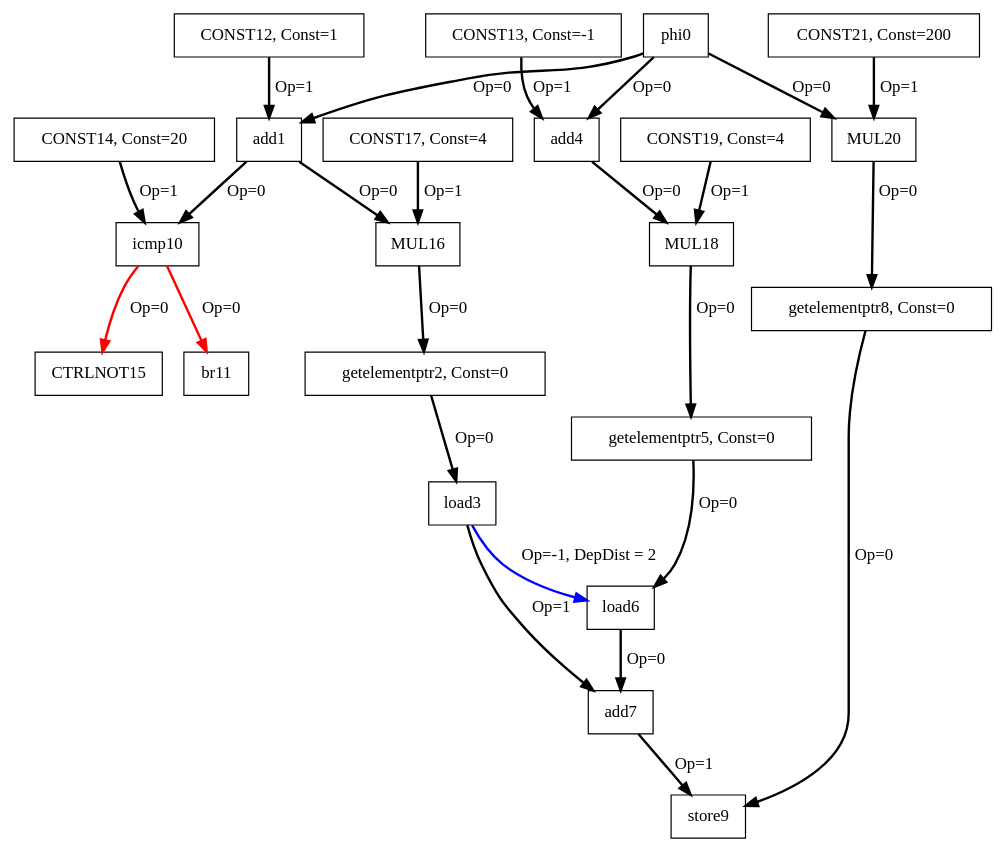
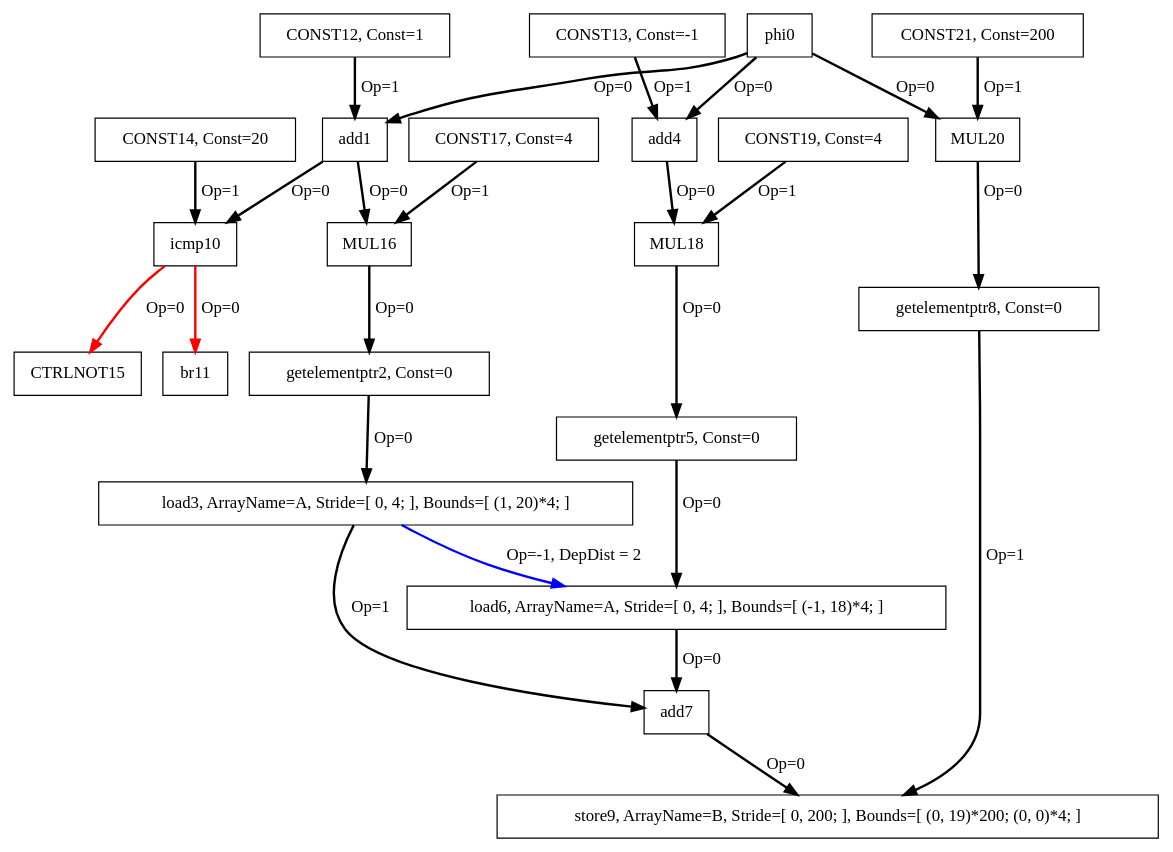
Before and after one commit to yhqiu16/FDRA: the diagram in app-compiler/applications/array_add/array_add_INNERMOST_LN_0_after_handleGEPNodes.dot, drawn with Graphviz. The commit also changed 63 other files, not shown here.

```diff
--- a/app-compiler/applications/array_add/array_add_INNERMOST_LN_0_after_handleGEPNodes.dot
+++ b/app-compiler/applications/array_add/array_add_INNERMOST_LN_0_after_handleGEPNodes.dot
@@ -1,48 +1,48 @@
 Digraph G {
 phi0[label = "phi0", shape = box, color = black];
 add1[label = "add1", shape = box, color = black];
 getelementptr2[label = "getelementptr2, Const=0", shape = box, color = black];
-load3[label = "load3", shape = box, color = black];
+load3[label = "load3, ArrayName=A, Stride=[ 0, 4; ], Bounds=[ (1, 20)*4; ]", shape = box, color = black];
 add4[label = "add4", shape = box, color = black];
 getelementptr5[label = "getelementptr5, Const=0", shape = box, color = black];
-load6[label = "load6", shape = box, color = black];
+load6[label = "load6, ArrayName=A, Stride=[ 0, 4; ], Bounds=[ (-1, 18)*4; ]", shape = box, color = black];
 add7[label = "add7", shape = box, color = black];
 getelementptr8[label = "getelementptr8, Const=0", shape = box, color = black];
-store9[label = "store9", shape = box, color = black];
+store9[label = "store9, ArrayName=B, Stride=[ 0, 200; ], Bounds=[ (0, 19)*200; (0, 0)*4; ]", shape = box, color = black];
 icmp10[label = "icmp10", shape = box, color = black];
 br11[label = "br11", shape = box, color = black];
 CONST12[label = "CONST12, Const=1", shape = box, color = black];
 CONST13[label = "CONST13, Const=-1", shape = box, color = black];
 CONST14[label = "CONST14, Const=20", shape = box, color = black];
 CTRLNOT15[label = "CTRLNOT15", shape = box, color = black];
 MUL16[label = "MUL16", shape = box, color = black];
 CONST17[label = "CONST17, Const=4", shape = box, color = black];
 MUL18[label = "MUL18", shape = box, color = black];
 CONST19[label = "CONST19, Const=4", shape = box, color = black];
 MUL20[label = "MUL20", shape = box, color = black];
 CONST21[label = "CONST21, Const=200", shape = box, color = black];
 phi0 -> add4[color = black, style = bold, label = "Op=0"];
 phi0 -> add1[color = black, style = bold, label = "Op=0"];
 CONST12 -> add1[color = black, style = bold, label = "Op=1"];
 add1 -> icmp10[color = black, style = bold, label = "Op=0"];
 getelementptr2 -> load3[color = black, style = bold, label = "Op=0"];
 load3 -> add7[color = black, style = bold, label = "Op=1"];
 CONST13 -> add4[color = black, style = bold, label = "Op=1"];
 getelementptr5 -> load6[color = black, style = bold, label = "Op=0"];
 load6 -> add7[color = black, style = bold, label = "Op=0"];
-add7 -> store9[color = black, style = bold, label = "Op=1"];
-getelementptr8 -> store9[color = black, style = bold, label = "Op=0"];
+add7 -> store9[color = black, style = bold, label = "Op=0"];
+getelementptr8 -> store9[color = black, style = bold, label = "Op=1"];
 CONST14 -> icmp10[color = black, style = bold, label = "Op=1"];
 icmp10 -> br11[color = red, style = bold, label = "Op=0"];
 load3 -> load6[color = blue, style = bold, label = "Op=-1, DepDist = 2"];
 icmp10 -> CTRLNOT15[color = red, style = bold, label = "Op=0"];
 add1 -> MUL16[color = black, style = bold, label = "Op=0"];
 CONST17 -> MUL16[color = black, style = bold, label = "Op=1"];
 MUL16 -> getelementptr2[color = black, style = bold, label = "Op=0"];
 add4 -> MUL18[color = black, style = bold, label = "Op=0"];
 CONST19 -> MUL18[color = black, style = bold, label = "Op=1"];
 MUL18 -> getelementptr5[color = black, style = bold, label = "Op=0"];
 phi0 -> MUL20[color = black, style = bold, label = "Op=0"];
 CONST21 -> MUL20[color = black, style = bold, label = "Op=1"];
 MUL20 -> getelementptr8[color = black, style = bold, label = "Op=0"];
 }
```
